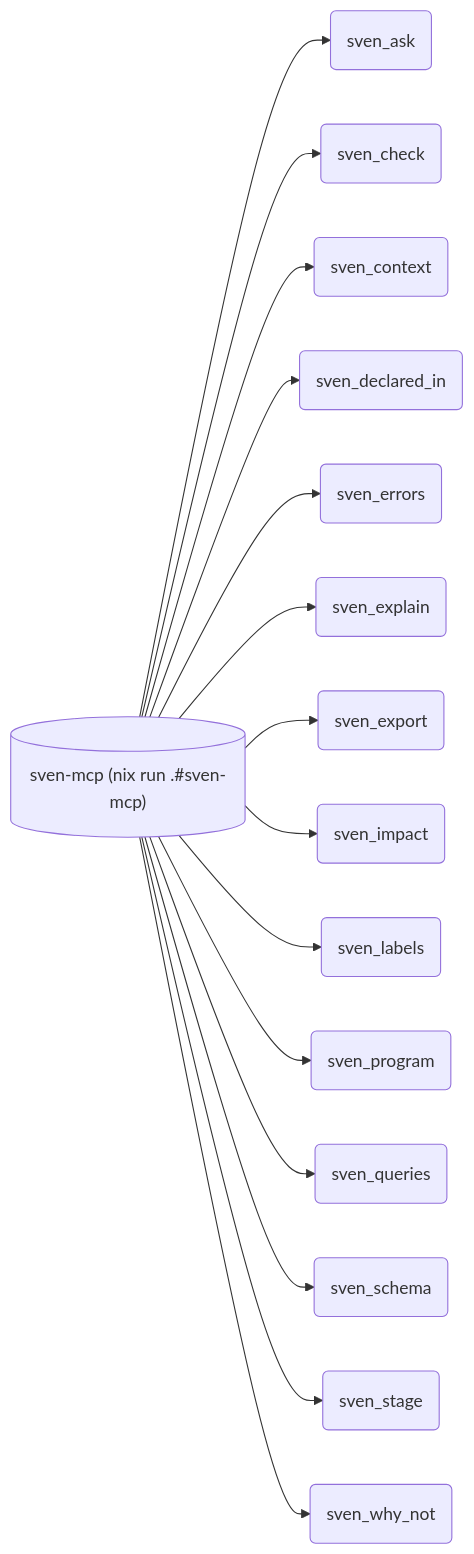
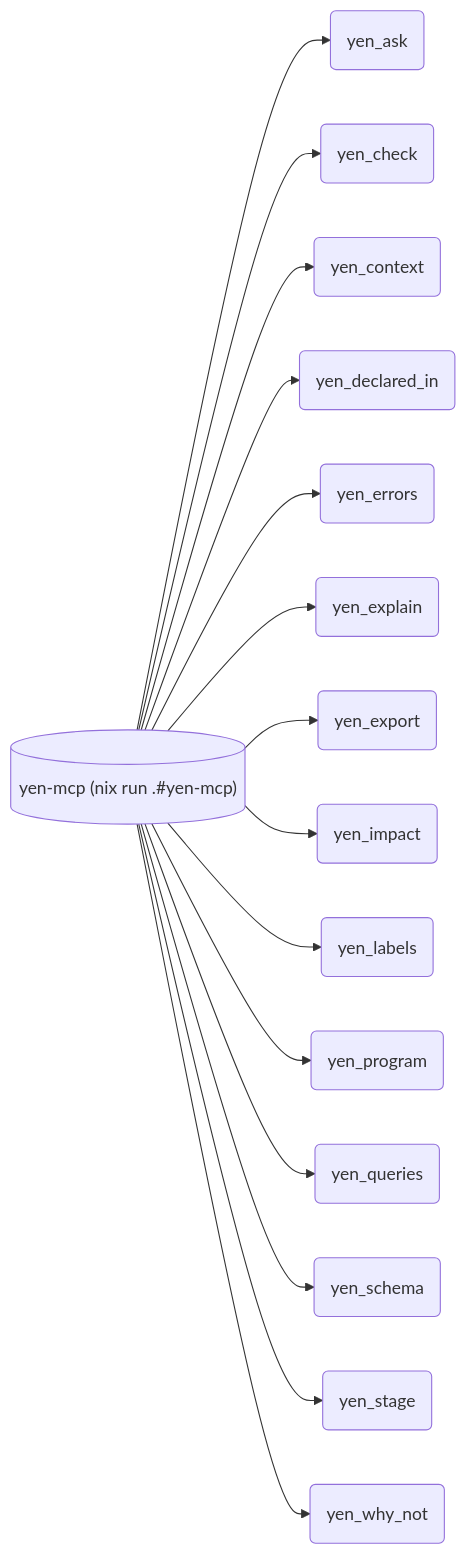
Diagram 11 of 11 in README.md (vic/vix), drawn with Mermaid before and after one commit. The commit also changed other lines of this file and 176 other files, not shown here.

````diff
--- a/README.md
+++ b/README.md
@@ -1060,32 +1060,32 @@
 ```mermaid
 flowchart LR
-  n254d290cd5[("sven-mcp (nix run .#sven-mcp)")]
-  n72ed07ef7a("sven_ask")
-  n36a3b0f723("sven_check")
-  n5b32d793d2("sven_context")
-  nfd53204477("sven_declared_in")
-  n4ff85900f3("sven_errors")
-  n37ebbed2c7("sven_explain")
-  nadee744105("sven_export")
-  n6863971d9d("sven_impact")
-  nb0733c534d("sven_labels")
-  nd3c588724a("sven_program")
-  nb8b859f378("sven_queries")
-  n75d0bcd916("sven_schema")
-  n75cc57565d("sven_stage")
-  n0c5c6359b4("sven_why_not")
+  n254d290cd5[("yen-mcp (nix run .#yen-mcp)")]
+  n72ed07ef7a("yen_ask")
+  n36a3b0f723("yen_check")
+  n5b32d793d2("yen_context")
+  nfd53204477("yen_declared_in")
+  n4ff85900f3("yen_errors")
+  n37ebbed2c7("yen_explain")
+  nadee744105("yen_export")
+  n6863971d9d("yen_impact")
+  nb0733c534d("yen_labels")
+  nd3c588724a("yen_program")
+  nb8b859f378("yen_queries")
+  n75d0bcd916("yen_schema")
+  n75cc57565d("yen_stage")
+  n0c5c6359b4("yen_why_not")
   n254d290cd5 --> n72ed07ef7a
   n254d290cd5 --> n36a3b0f723
   n254d290cd5 --> n5b32d793d2
   n254d290cd5 --> nfd53204477
   n254d290cd5 --> n4ff85900f3
   n254d290cd5 --> n37ebbed2c7
   n254d290cd5 --> nadee744105
   n254d290cd5 --> n6863971d9d
   n254d290cd5 --> nb0733c534d
   n254d290cd5 --> nd3c588724a
   n254d290cd5 --> nb8b859f378
   n254d290cd5 --> n75d0bcd916
   n254d290cd5 --> n75cc57565d
   n254d290cd5 --> n0c5c6359b4
 ```
````
